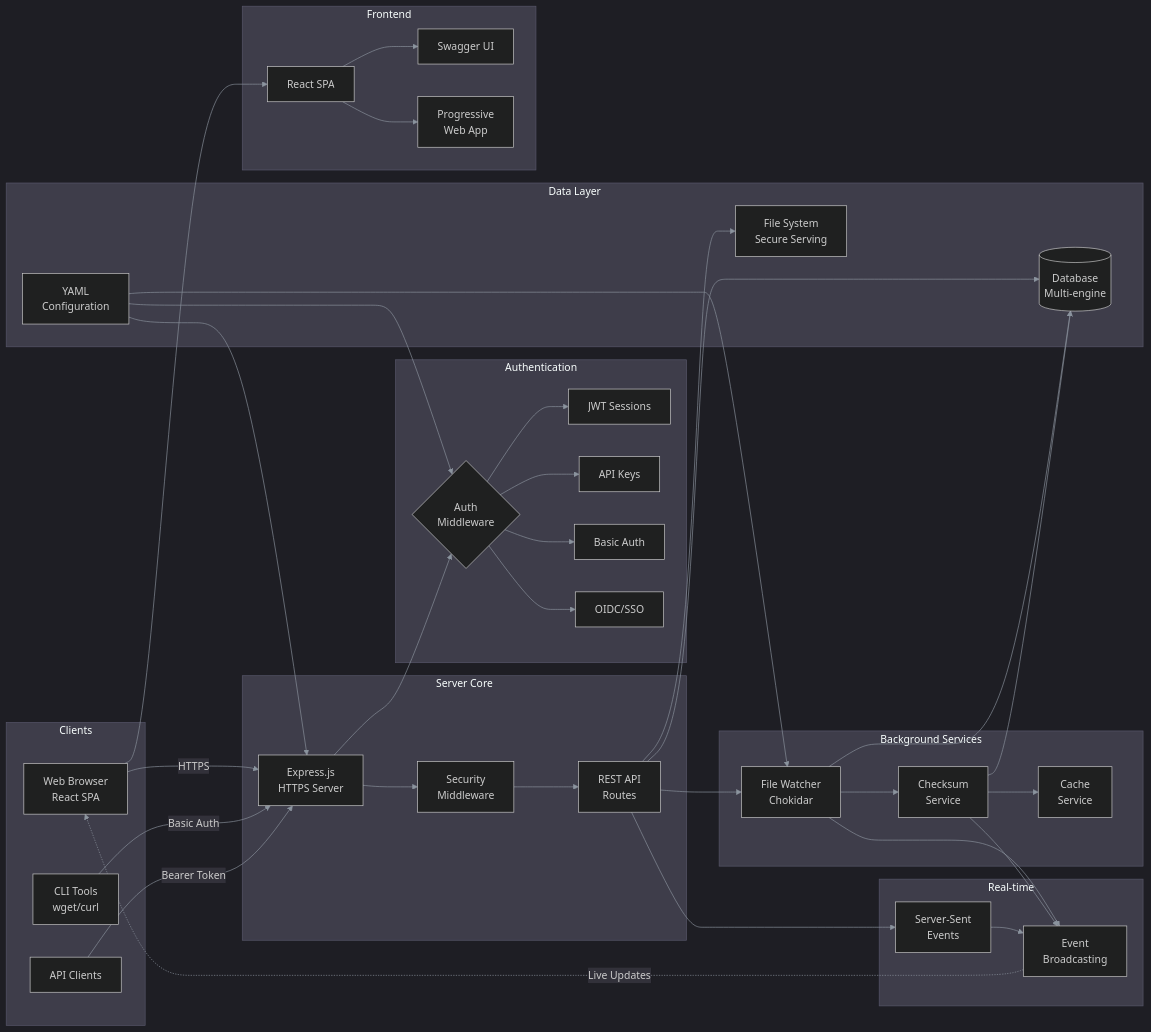
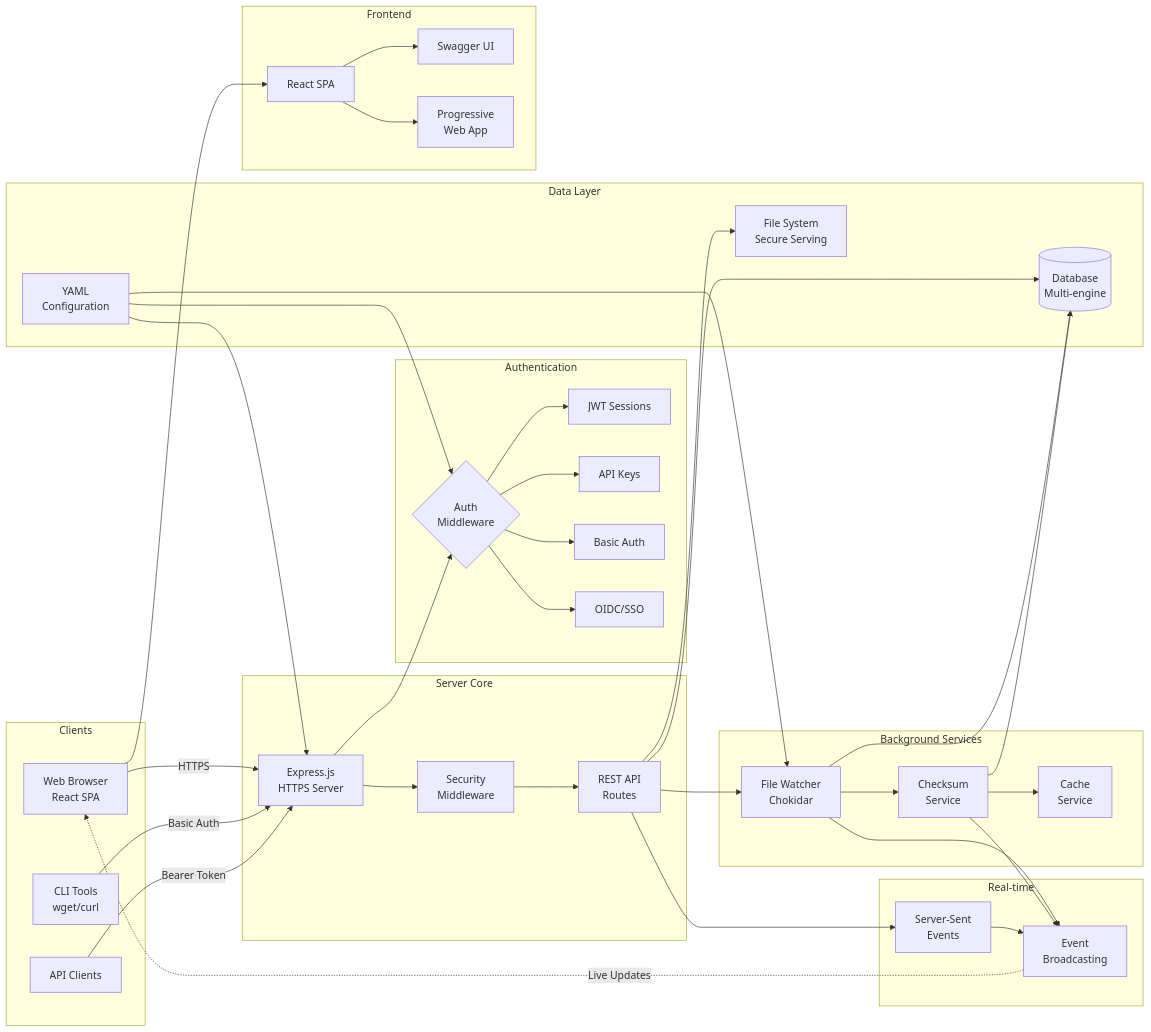
Before and after one commit to STARTcloud/armor: the diagram in docs/architecture.md, drawn with Mermaid.

Commit message:
fix: documentation

````diff
--- a/docs/architecture.md
+++ b/docs/architecture.md
@@ -110,19 +110,4 @@
 ```mermaid
----
-config:
-  theme: 'dark'
-  themeVariables:
-    darkMode: true
-    background: '#32313a'
-    primaryColor: '#4a9eff'
-    primaryTextColor: '#ffffff'
-    primaryBorderColor: '#2563eb'
-    lineColor: '#8b949e'
-    clusterBkg: '#3e3d4a'
-    clusterBorder: '#58576b'
-    edgeLabelBackground: '#32313a'
-    tertiaryColor: '#3e3d4a'
----
 graph LR
     subgraph "Clients"
         WB[Web Browser<br/>React SPA]
````
